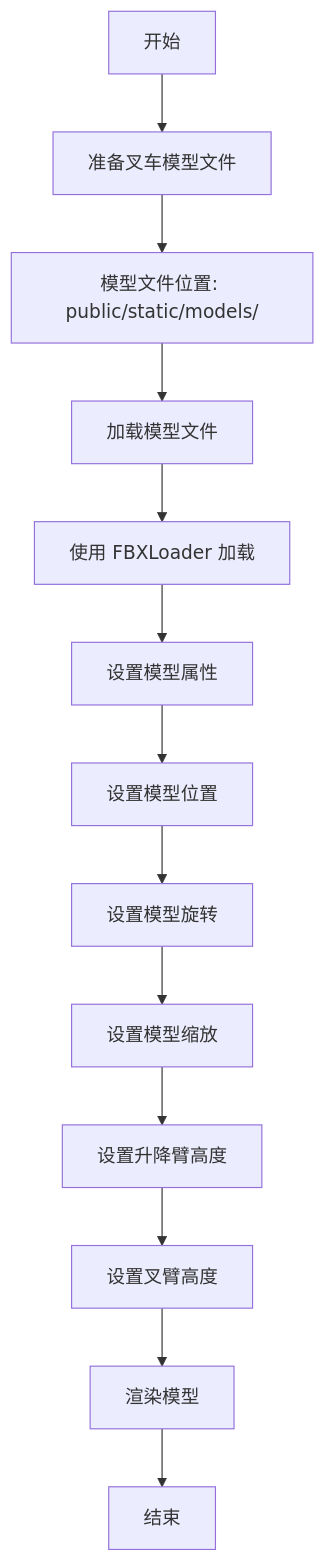
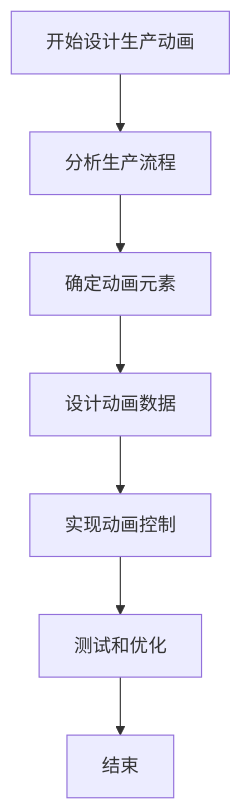
Before and after one commit to Mrmilu212/iodraw-files: the diagram in all/未命名-1.md, drawn with Mermaid.

Commit message:
2025-05-20 14:09:03 update

````diff
--- a/all/未命名-1.md
+++ b/all/未命名-1.md
@@ -1,17 +1,10 @@
 ```mermaid
 graph TD
-    A[开始] --> B[准备叉车模型文件]
-    B --> C[模型文件位置: public/static/models/]
-    C --> D[加载模型文件]
-    D --> E[使用 FBXLoader 加载]
-    E --> F[设置模型属性]
-    F --> G[设置模型位置]
-    G --> H[设置模型旋转]
-    H --> I[设置模型缩放]
-    I --> J[设置升降臂高度]
-    J --> K[设置叉臂高度]
-    K --> L[渲染模型]
-    L --> M[结束]
+    A[开始设计生产动画] --> B[分析生产流程]
+    B --> C[确定动画元素]
+    C --> D[设计动画数据]
+    D --> E[实现动画控制]
+    E --> F[测试和优化]
+    F --> G[结束]
 
-  
 ```
````
